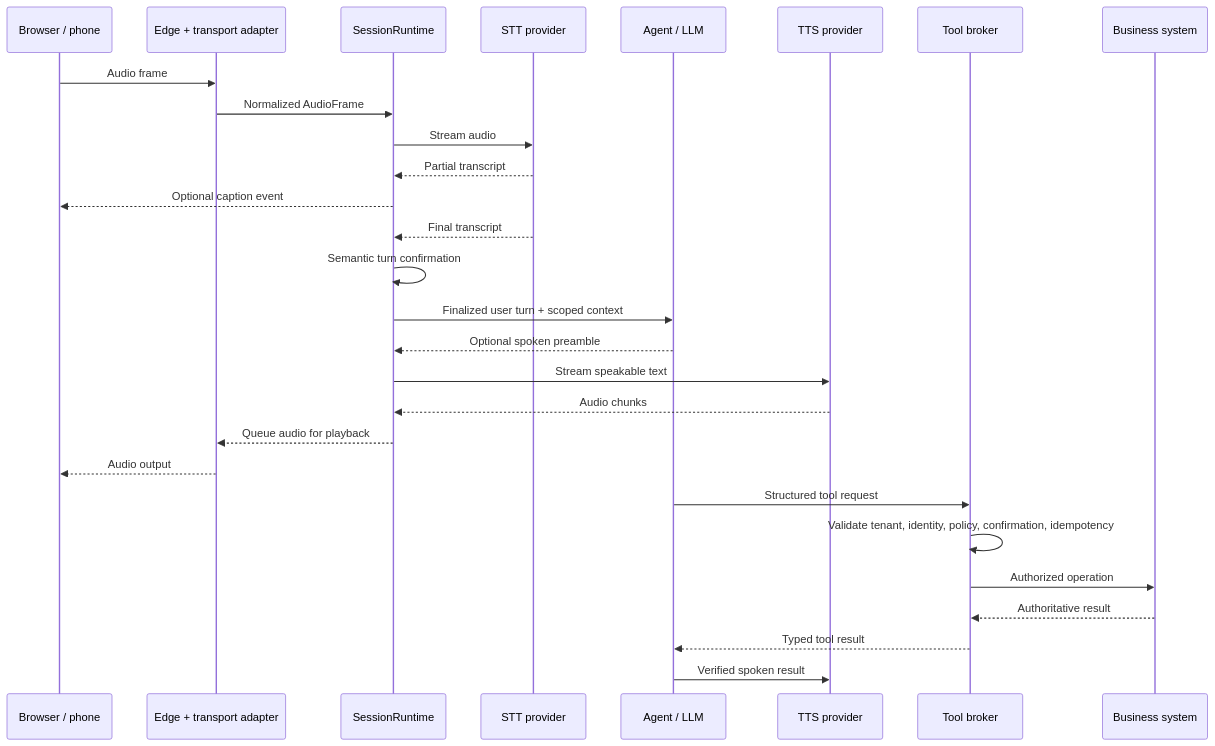
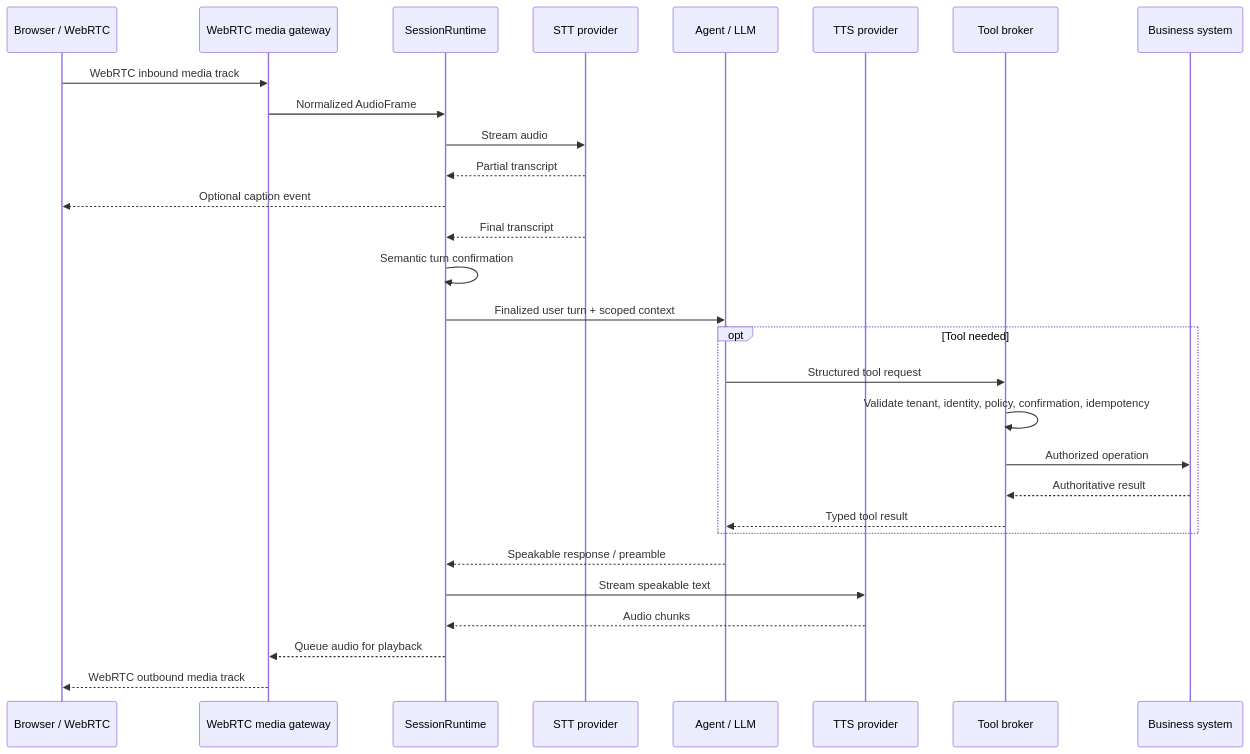
Before and after one commit to d-schneid/voice-agents: the second of 10 diagrams in docs/voice-agent-architecture-diagrams.md, drawn with Mermaid. The commit also changed other lines of this file, not shown here.

Commit message:
Make diagrams WebRTC first

````diff
--- a/docs/voice-agent-architecture-diagrams.md
+++ b/docs/voice-agent-architecture-diagrams.md
@@ -141,31 +153,32 @@
 ```mermaid
 sequenceDiagram
-    participant C as Browser / phone
-    participant E as Edge + transport adapter
+    participant C as Browser / WebRTC
+    participant E as WebRTC media gateway
     participant R as SessionRuntime
     participant S as STT provider
     participant A as Agent / LLM
     participant T as TTS provider
     participant P as Tool broker
     participant D as Business system
 
-    C->>E: Audio frame
+    C->>E: WebRTC inbound media track
     E->>R: Normalized AudioFrame
     R->>S: Stream audio
     S-->>R: Partial transcript
     R-->>C: Optional caption event
     S-->>R: Final transcript
     R->>R: Semantic turn confirmation
     R->>A: Finalized user turn + scoped context
-    A-->>R: Optional spoken preamble
+    opt Tool needed
+        A->>P: Structured tool request
+        P->>P: Validate tenant, identity, policy, confirmation, idempotency
+        P->>D: Authorized operation
+        D-->>P: Authoritative result
+        P-->>A: Typed tool result
+    end
+    A-->>R: Speakable response / preamble
     R->>T: Stream speakable text
     T-->>R: Audio chunks
     R-->>E: Queue audio for playback
-    E-->>C: Audio output
-    A->>P: Structured tool request
-    P->>P: Validate tenant, identity, policy, confirmation, idempotency
-    P->>D: Authorized operation
-    D-->>P: Authoritative result
-    P-->>A: Typed tool result
-    A->>T: Verified spoken result
+    E-->>C: WebRTC outbound media track
 ```
````
